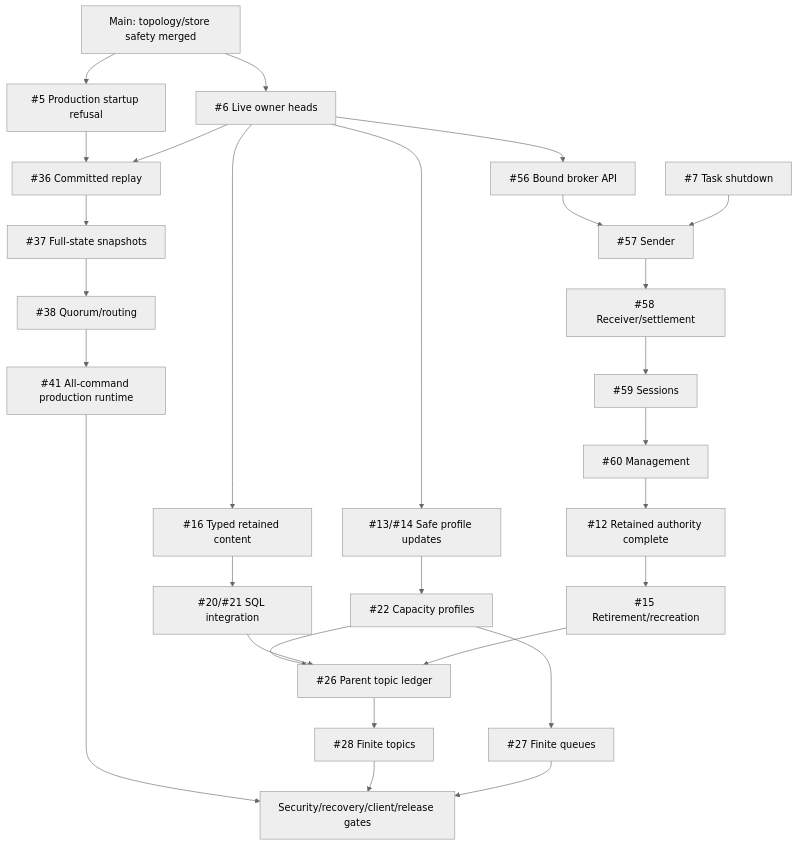
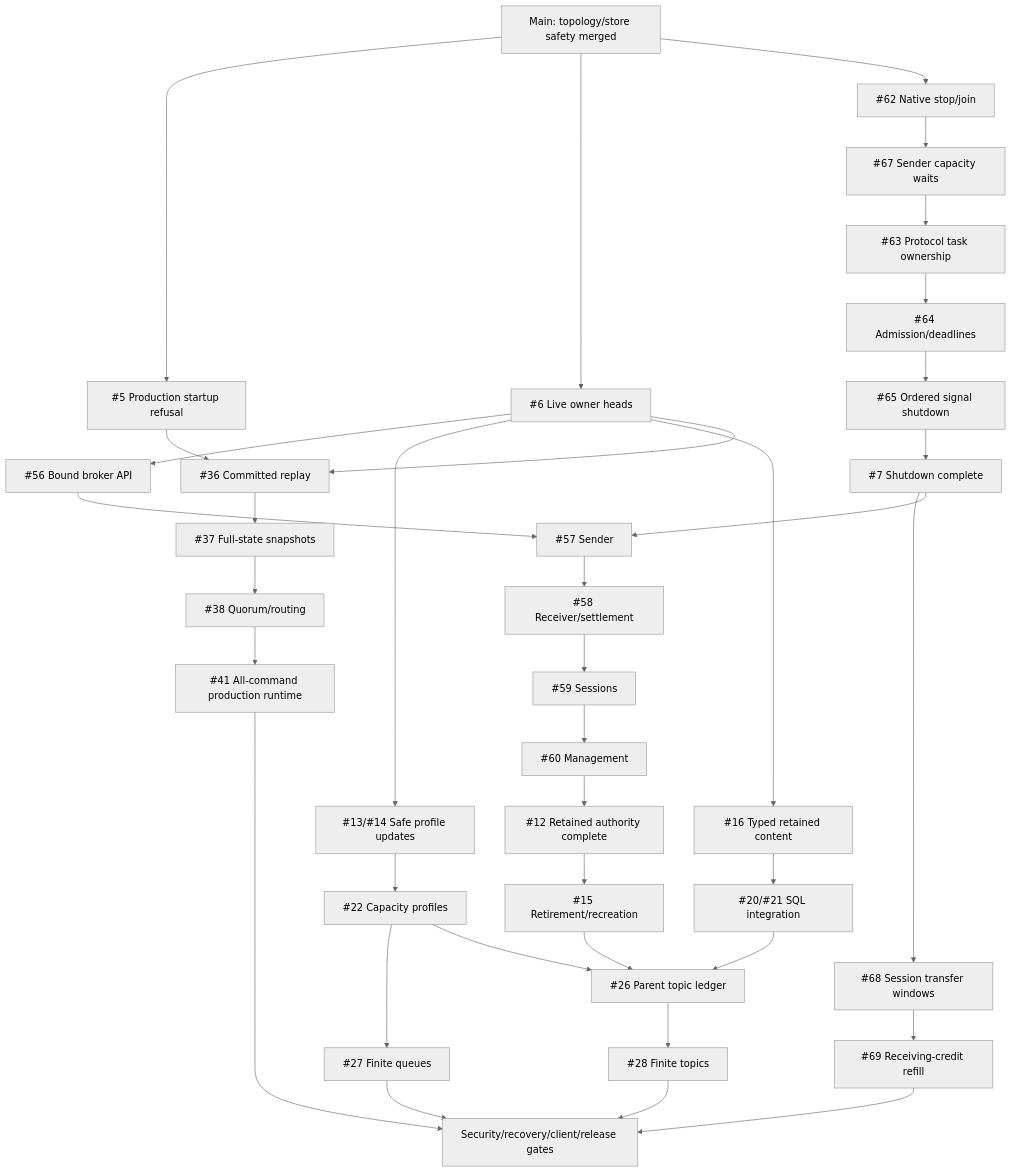
One commit to DeandreT/switchyard changed the diagram in docs/roadmap.md. Above: the diagram before and after it, drawn with Mermaid (neutral theme). The commit also changed other lines of this file and 9 other files, not shown here.

````diff
--- a/docs/roadmap.md
+++ b/docs/roadmap.md
@@ -45,30 +47,39 @@
 ```mermaid
 flowchart TD
     Main["Main: topology/store safety merged"] --> Guard["#5 Production startup refusal"]
     Main --> Owners["#6 Live owner heads"]
     Owners --> Core["#56 Bound broker API"]
     Core --> Sender["#57 Sender"]
-    Shutdown["#7 Task shutdown"] --> Sender
+    Main --> Native["#62 Native stop/join"]
+    Native --> Permits["#67 Sender capacity waits"]
+    Permits --> Protocol["#63 Protocol task ownership"]
+    Protocol --> Admission["#64 Admission/deadlines"]
+    Admission --> Signals["#65 Ordered signal shutdown"]
+    Signals --> Shutdown["#7 Shutdown complete"]
+    Shutdown --> Windows["#68 Session transfer windows"]
+    Windows --> Refill["#69 Receiving-credit refill"]
+    Refill --> Gates
+    Shutdown --> Sender
     Sender --> Receiver["#58 Receiver/settlement"]
     Receiver --> Sessions["#59 Sessions"]
     Sessions --> Management["#60 Management"]
     Management --> Bindings["#12 Retained authority complete"]
     Bindings --> Delete["#15 Retirement/recreation"]
     Owners --> Profiles["#13/#14 Safe profile updates"]
     Owners --> Content["#16 Typed retained content"]
     Content --> SQL["#20/#21 SQL integration"]
     Profiles --> Modes["#22 Capacity profiles"]
     Modes --> Queue["#27 Finite queues"]
     Modes --> Ledger["#26 Parent topic ledger"]
     SQL --> Ledger
     Delete --> Ledger
     Ledger --> Topic["#28 Finite topics"]
     Guard --> Log["#36 Committed replay"]
     Owners --> Log
     Log --> Snapshot["#37 Full-state snapshots"]
     Snapshot --> Quorum["#38 Quorum/routing"]
     Quorum --> Runtime["#41 All-command production runtime"]
     Runtime --> Gates["Security/recovery/client/release gates"]
     Topic --> Gates
     Queue --> Gates
 ```
````
